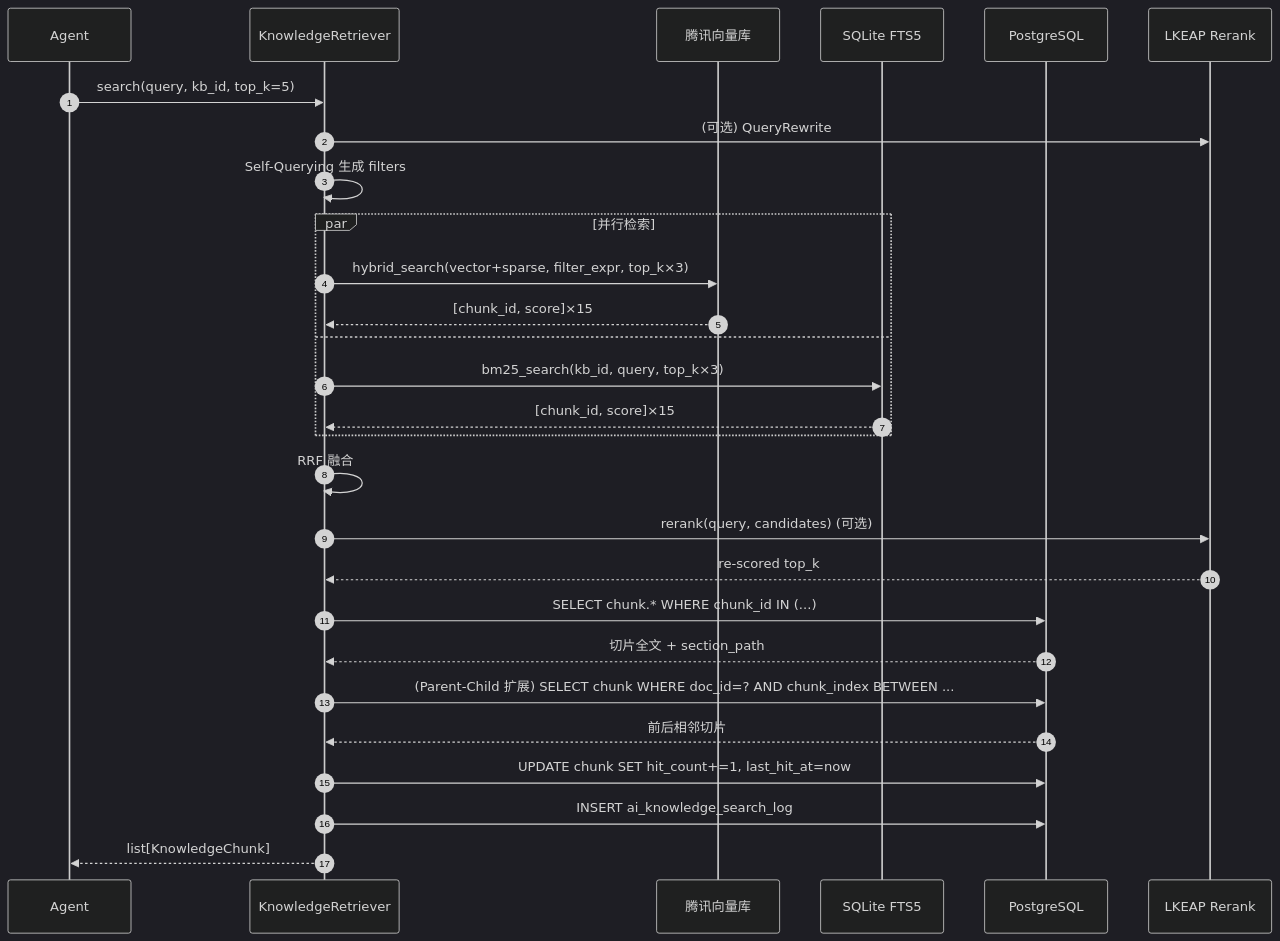
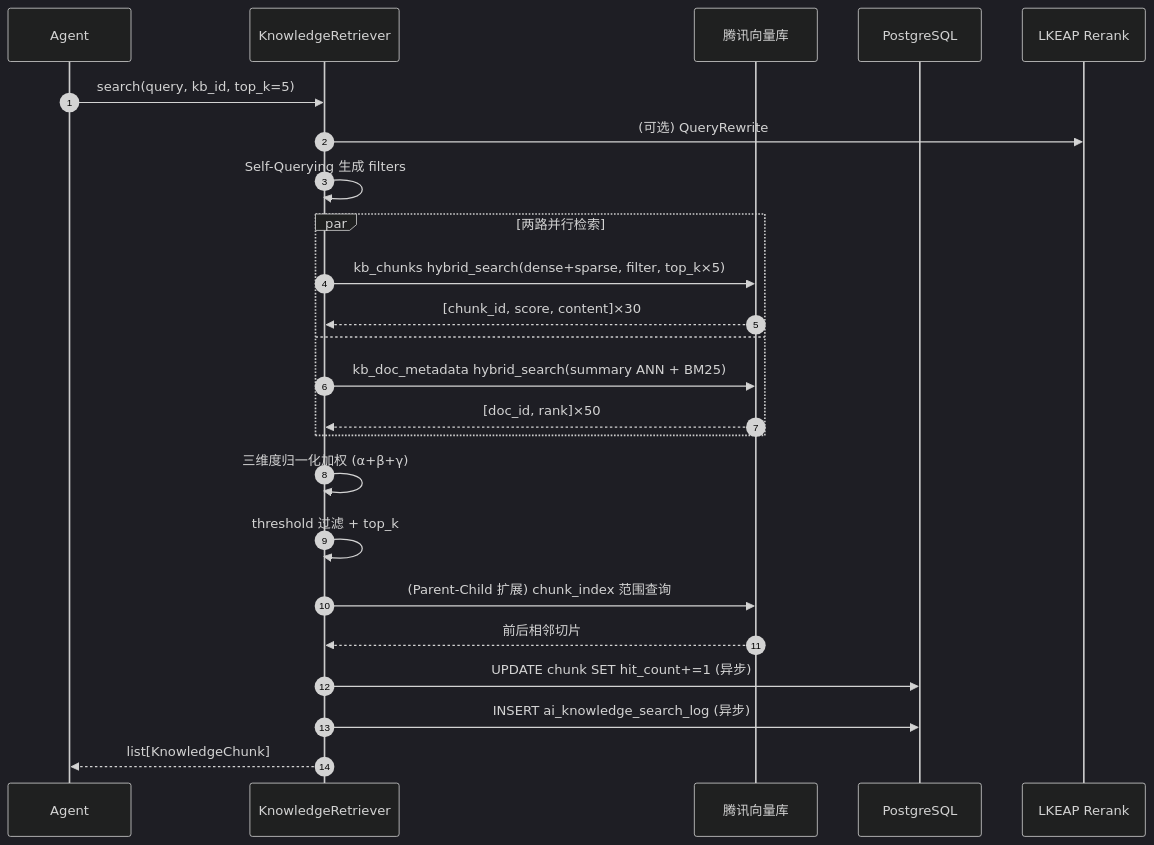
Before and after one commit to chengqipeng/ai-pm-team: the third of 3 diagrams in product-specs/agent-system/doc/知识库体系设计方案.md, drawn with Mermaid (dark theme). The commit also changed other lines of this file and 19 other files, not shown here.

````diff
--- a/product-specs/agent-system/doc/知识库体系设计方案.md
+++ b/product-specs/agent-system/doc/知识库体系设计方案.md
@@ -2533,38 +1937,32 @@
 ```mermaid
 sequenceDiagram
     autonumber
     participant Agent
     participant Retriever as KnowledgeRetriever
     participant VDB as 腾讯向量库
-    participant FTS as SQLite FTS5
     participant PG as PostgreSQL
     participant LKEAP as LKEAP Rerank
 
     Agent->>Retriever: search(query, kb_id, top_k=5)
     Retriever->>LKEAP: (可选) QueryRewrite
     Retriever->>Retriever: Self-Querying 生成 filters
 
-    par 并行检索
-        Retriever->>VDB: hybrid_search(vector+sparse, filter_expr, top_k×3)
-        VDB-->>Retriever: [chunk_id, score]×15
+    par 两路并行检索
+        Retriever->>VDB: kb_chunks hybrid_search(dense+sparse, filter, top_k×5)
+        VDB-->>Retriever: [chunk_id, score, content]×30
     and
-        Retriever->>FTS: bm25_search(kb_id, query, top_k×3)
-        FTS-->>Retriever: [chunk_id, score]×15
+        Retriever->>VDB: kb_doc_metadata hybrid_search(summary ANN + BM25)
+        VDB-->>Retriever: [doc_id, rank]×50
     end
 
-    Retriever->>Retriever: RRF 融合
+    Retriever->>Retriever: 三维度归一化加权 (α+β+γ)
+    Retriever->>Retriever: threshold 过滤 + top_k
 
-    Retriever->>LKEAP: rerank(query, candidates) (可选)
-    LKEAP-->>Retriever: re-scored top_k
+    Retriever->>VDB: (Parent-Child 扩展) chunk_index 范围查询
+    VDB-->>Retriever: 前后相邻切片
 
-    Retriever->>PG: SELECT chunk.* WHERE chunk_id IN (...)
-    PG-->>Retriever: 切片全文 + section_path
-
-    Retriever->>PG: (Parent-Child 扩展) SELECT chunk WHERE doc_id=? AND chunk_index BETWEEN ...
-    PG-->>Retriever: 前后相邻切片
-
-    Retriever->>PG: UPDATE chunk SET hit_count+=1, last_hit_at=now
-    Retriever->>PG: INSERT ai_knowledge_search_log
+    Retriever->>PG: UPDATE chunk SET hit_count+=1 (异步)
+    Retriever->>PG: INSERT ai_knowledge_search_log (异步)
 
     Retriever-->>Agent: list[KnowledgeChunk]
 ```
````
